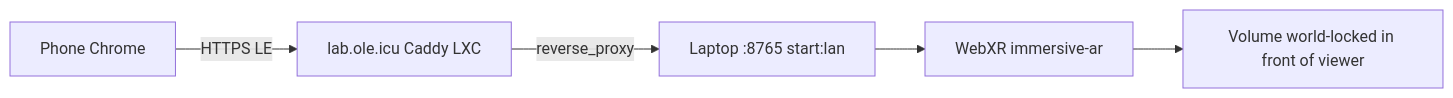
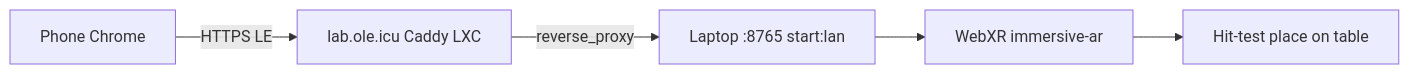
Before and after one commit to PiMaV/DONNER: diagram 17 of 18 in architecture.md, drawn with Mermaid. The commit also changed other lines of this file and 14 other files, not shown here.

Commit message:
Place XR-A on a table as a locked pillar so Play grows time upward from gen 0, and start Conway paused on R-pentomino.

````diff
--- a/architecture.md
+++ b/architecture.md
@@ -610,10 +614,10 @@
 ```mermaid
 flowchart LR
   phone[Phone Chrome]
   lab[lab.ole.icu Caddy LXC]
   laptop["Laptop :8765 start:lan"]
   phone -->|HTTPS LE| lab
   lab -->|reverse_proxy| laptop
   laptop --> xr[WebXR immersive-ar]
-  xr --> vol[Volume world-locked in front of viewer]
+  xr --> vol[Hit-test place on table]
 ```
````
